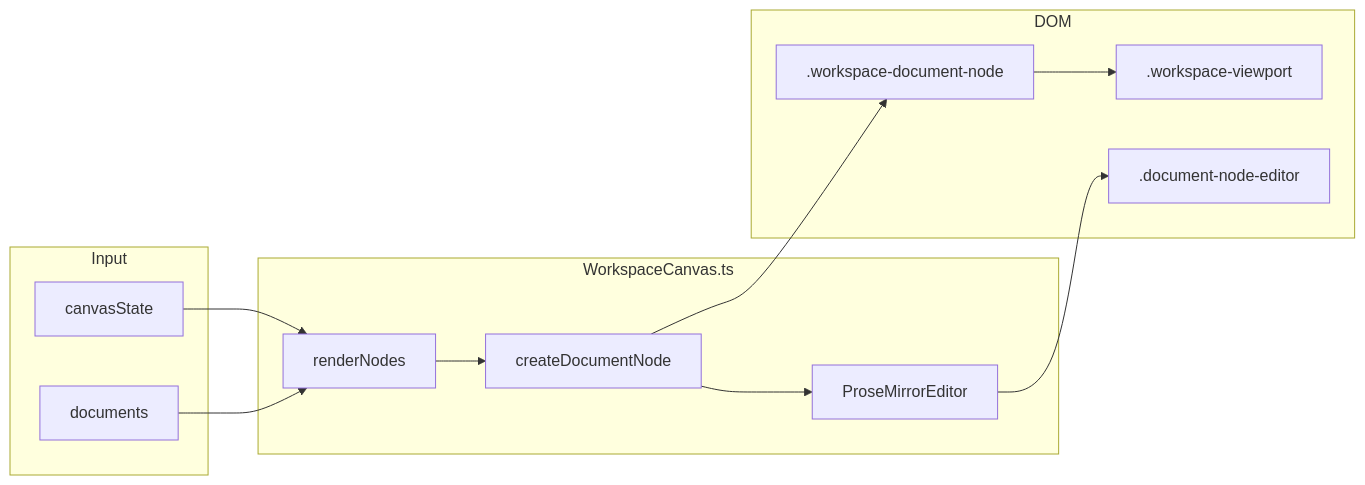
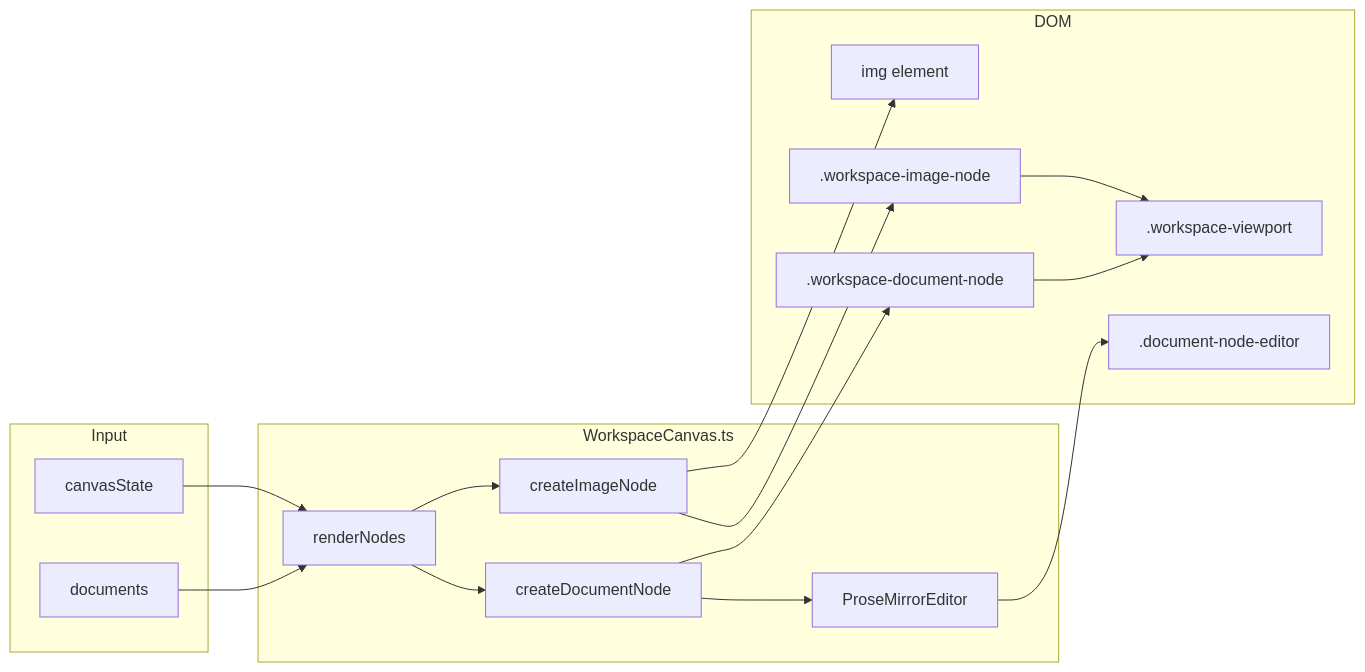
One commit to Lixpi/lixpi changed the eighth of 8 diagrams in documentation/features/WORKSPACE-FEATURE.md. Above: the diagram before and after it, drawn with Mermaid. The commit also changed other lines of this file and 9 other files, not shown here.

````diff
--- a/documentation/features/WORKSPACE-FEATURE.md
+++ b/documentation/features/WORKSPACE-FEATURE.md
@@ -241,27 +318,34 @@
 ```mermaid
 flowchart LR
     subgraph Input
         CS[canvasState]
         DOCS[documents]
     end
 
     subgraph WorkspaceCanvas.ts
         RN[renderNodes]
         CDN[createDocumentNode]
+        CIN[createImageNode]
         PM[ProseMirrorEditor]
     end
 
     subgraph DOM
         VP[.workspace-viewport]
-        NODES[.workspace-document-node]
+        DOCNODES[.workspace-document-node]
+        IMGNODES[.workspace-image-node]
         ED[.document-node-editor]
+        IMG[img element]
     end
 
     CS --> RN
     DOCS --> RN
     RN --> CDN
+    RN --> CIN
     CDN --> PM
-    CDN --> NODES
-    NODES --> VP
+    CDN --> DOCNODES
+    CIN --> IMGNODES
+    DOCNODES --> VP
+    IMGNODES --> VP
     PM --> ED
+    CIN --> IMG
 ```
````
